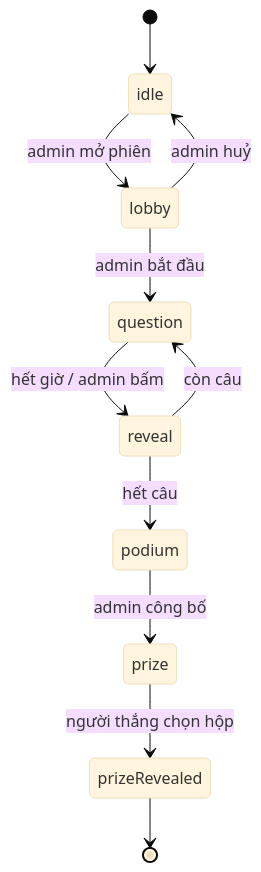
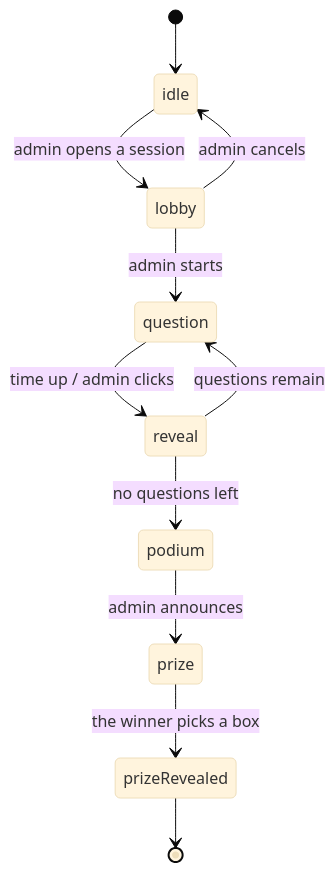
Before and after one commit to kiu-chan/open-day-quiz: the diagram in docs/plan.md, drawn with Mermaid (base theme). The commit also changed other lines of this file and 66 other files, not shown here.

````diff
--- a/docs/plan.md
+++ b/docs/plan.md
@@ -30,13 +34,13 @@
 ```mermaid
 stateDiagram-v2
     [*] --> idle
-    idle --> lobby: admin mở phiên
-    lobby --> question: admin bắt đầu
-    question --> reveal: hết giờ / admin bấm
-    reveal --> question: còn câu
-    reveal --> podium: hết câu
-    podium --> prize: admin công bố
-    prize --> prizeRevealed: người thắng chọn hộp
+    idle --> lobby: admin opens a session
+    lobby --> question: admin starts
+    question --> reveal: time up / admin clicks
+    reveal --> question: questions remain
+    reveal --> podium: no questions left
+    podium --> prize: admin announces
+    prize --> prizeRevealed: the winner picks a box
     prizeRevealed --> [*]
-    lobby --> idle: admin huỷ
+    lobby --> idle: admin cancels
 ```
````
